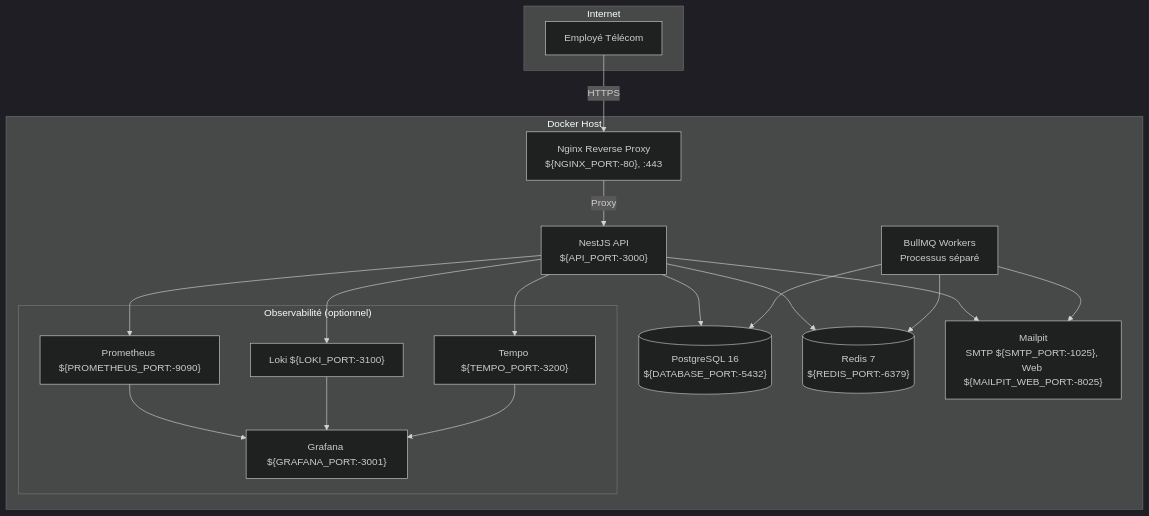
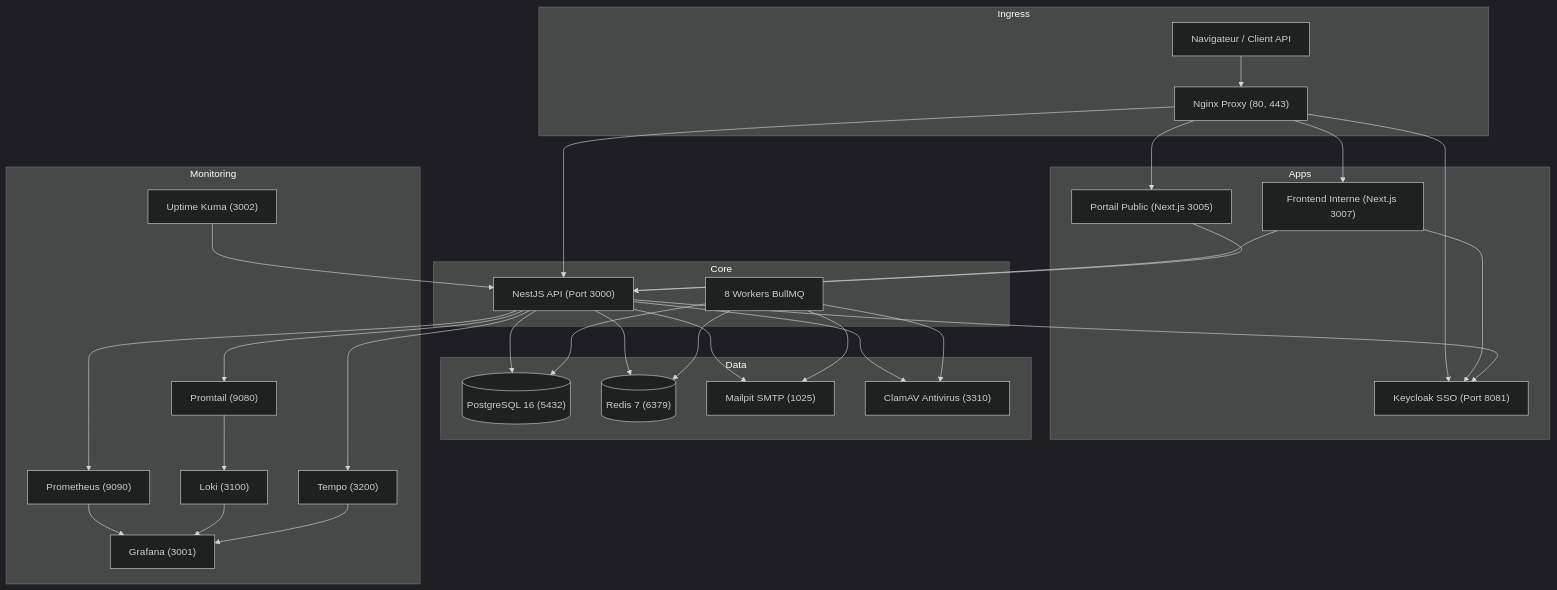
One commit to enockmigjr/Test-Backend-Telecom changed the tenth of 14 diagrams in docs/architecture-flows.md. Above: the diagram before and after it, drawn with Mermaid (dark theme). The commit also changed other lines of this file and 9 other files, not shown here.

````diff
--- a/docs/architecture-flows.md
+++ b/docs/architecture-flows.md
@@ -245,37 +337,45 @@
 ```mermaid
 flowchart TB
-    subgraph "Internet"
-        User[Employé Télécom]
+
+    subgraph Ingress
+        User[Navigateur / Client API]
+        Nginx["Nginx Proxy (80, 443)"]
     end
 
-    subgraph "Docker Host"
-        Nginx["Nginx Reverse Proxy<br/>${NGINX_PORT:-80}, :443"]
-        API["NestJS API<br/>${API_PORT:-3000}"]
-        Worker[BullMQ Workers<br/>Processus séparé]
-        PG[("PostgreSQL 16<br/>${DATABASE_PORT:-5432}")]
-        RD[("Redis 7<br/>${REDIS_PORT:-6379}")]
-        Mailpit["Mailpit<br/>SMTP ${SMTP_PORT:-1025}, Web ${MAILPIT_WEB_PORT:-8025}"]
-
-        subgraph "Observabilité (optionnel)"
-            Prom["Prometheus ${PROMETHEUS_PORT:-9090}"]
-            LokiS["Loki ${LOKI_PORT:-3100}"]
-            TempoS["Tempo ${TEMPO_PORT:-3200}"]
-            Graf["Grafana ${GRAFANA_PORT:-3001}"]
-        end
+    subgraph Apps
+        BFF["Frontend Interne (Next.js 3007)"]
+        PublicFE["Portail Public (Next.js 3005)"]
+        KC["Keycloak SSO (Port 8081)"]
     end
 
-    User -->|HTTPS| Nginx
-    Nginx -->|Proxy| API
-    API --> PG
-    API --> RD
-    Worker --> RD
-    Worker --> PG
-    API --> Mailpit
-    Worker --> Mailpit
-    API --> Prom
-    API --> LokiS
-    API --> TempoS
-    Prom --> Graf
-    LokiS --> Graf
-    TempoS --> Graf
+    subgraph Core
+        API["NestJS API (Port 3000)"]
+        Workers["8 Workers BullMQ"]
+    end
+
+    subgraph Data
+        PG[("PostgreSQL 16 (5432)")]
+        RD[("Redis 7 (6379)")]
+        Mailpit["Mailpit SMTP (1025)"]
+        ClamAV["ClamAV Antivirus (3310)"]
+    end
+
+    subgraph Monitoring
+        Prom["Prometheus (9090)"]
+        LokiS["Loki (3100)"]
+        TempoS["Tempo (3200)"]
+        PromtailS["Promtail (9080)"]
+        Graf["Grafana (3001)"]
+        Kuma["Uptime Kuma (3002)"]
+    end
+
+    User --> Nginx
+    Nginx --> BFF & PublicFE & API & KC
+    BFF & PublicFE --> API
+    BFF & API --> KC
+    API & Workers --> PG & RD & Mailpit & ClamAV
+    API --> PromtailS & Prom & TempoS
+    PromtailS --> LokiS
+    Prom & LokiS & TempoS --> Graf
+    Kuma --> API
 ```
````
